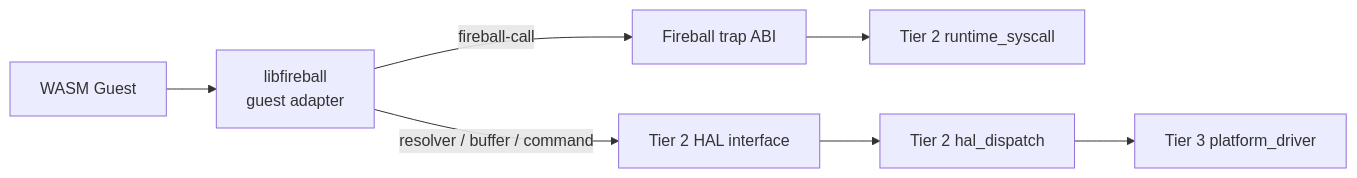
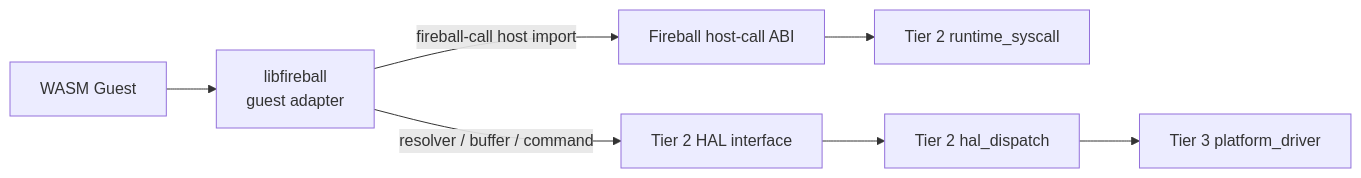
The first of 3 diagrams in docs/components/tier3_platform/libfireball.md (kmt-t/fireball), drawn with Mermaid before and after one commit. The commit also changed other lines of this file and 16 other files, not shown here.

Commit message:
Clarify fireball_call as a direct host-call interface

````diff
--- a/docs/components/tier3_platform/libfireball.md
+++ b/docs/components/tier3_platform/libfireball.md
@@ -25,9 +25,9 @@
 ```mermaid
 graph LR
     Guest[WASM Guest] --> Lib[libfireball<br/>guest adapter]
-    Lib -->|fireball-call| Trap[Fireball trap ABI]
+    Lib -->|fireball-call host import| HostCall[Fireball host-call ABI]
     Lib -->|resolver / buffer / command| HalIF[Tier 2 HAL interface]
-    Trap --> Syscall[Tier 2 runtime_syscall]
+    HostCall --> Syscall[Tier 2 runtime_syscall]
     HalIF --> HAL[Tier 2 hal_dispatch]
     HAL --> Driver[Tier 3 platform_driver]
 ```
````
